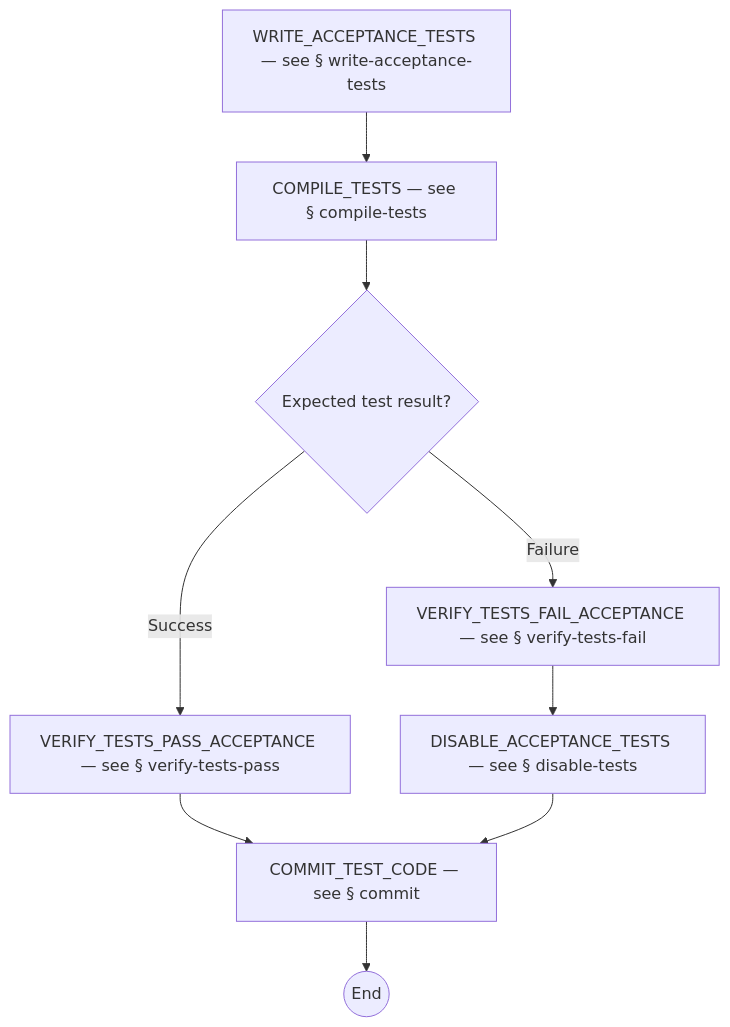
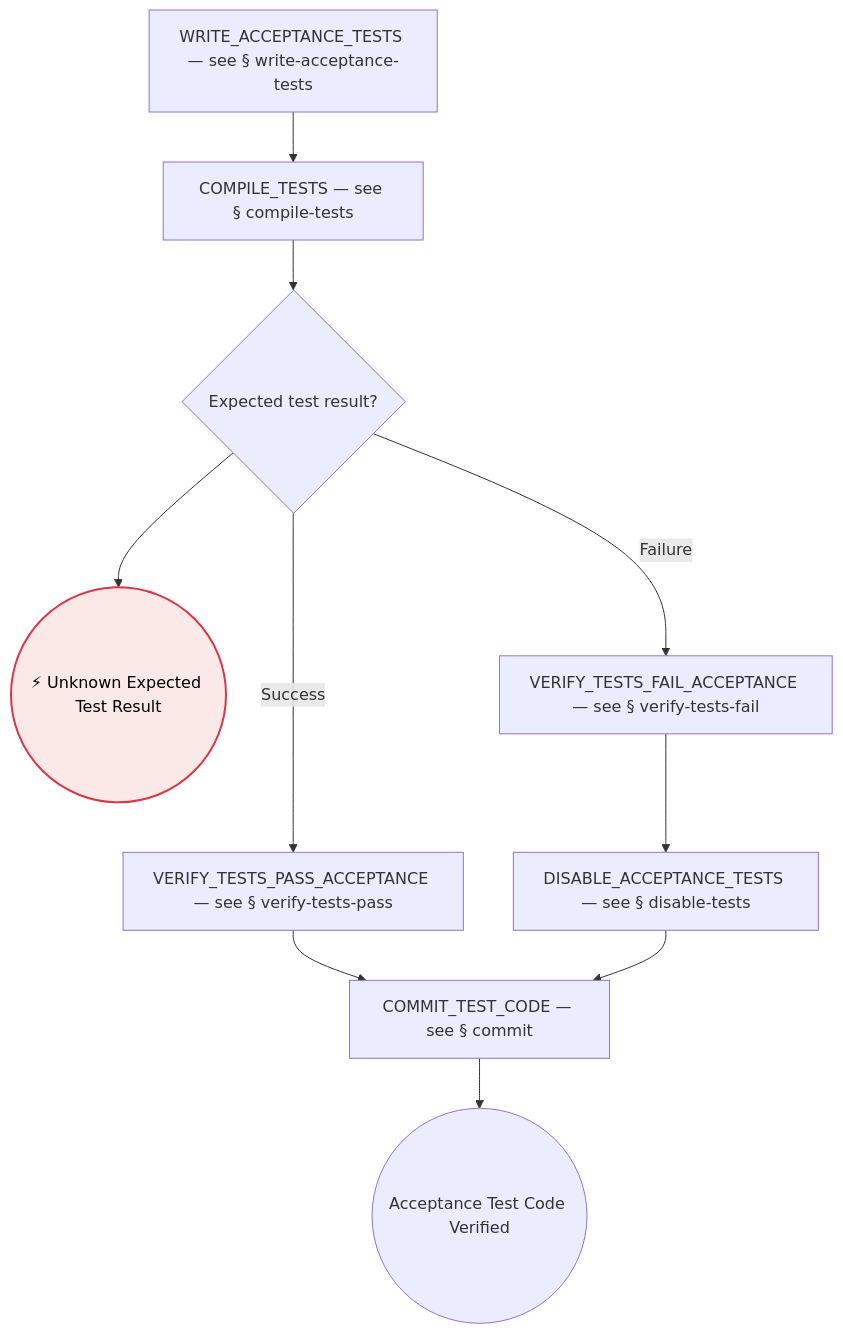
Before and after one commit to optivem/gh-optivem: diagram 16 of 50 in docs/process-diagram.md, drawn with Mermaid. The commit also changed other lines of this file and 5 other files, not shown here.

````diff
--- a/docs/process-diagram.md
+++ b/docs/process-diagram.md
@@ -323,20 +358,25 @@
 ```mermaid
 flowchart TD
     COMMIT_TEST_CODE[COMMIT_TEST_CODE — see § commit]
     COMPILE_TESTS[COMPILE_TESTS — see § compile-tests]
     DISABLE_ACCEPTANCE_TESTS[DISABLE_ACCEPTANCE_TESTS — see § disable-tests]
     GATE_EXPECTED_TEST_RESULT{Expected test result?}
+    UNKNOWN_EXPECTED_TEST_RESULT((⚡ Unknown Expected Test Result))
     VERIFY_TESTS_FAIL_ACCEPTANCE[VERIFY_TESTS_FAIL_ACCEPTANCE — see § verify-tests-fail]
     VERIFY_TESTS_PASS_ACCEPTANCE[VERIFY_TESTS_PASS_ACCEPTANCE — see § verify-tests-pass]
-    WAV_AT_CODE_END((End))
+    WAV_AT_CODE_END((Acceptance Test Code Verified))
     WRITE_ACCEPTANCE_TESTS[WRITE_ACCEPTANCE_TESTS — see § write-acceptance-tests]
 
     WRITE_ACCEPTANCE_TESTS --> COMPILE_TESTS
     COMPILE_TESTS --> GATE_EXPECTED_TEST_RESULT
     GATE_EXPECTED_TEST_RESULT -- Success --> VERIFY_TESTS_PASS_ACCEPTANCE
     GATE_EXPECTED_TEST_RESULT -- Failure --> VERIFY_TESTS_FAIL_ACCEPTANCE
+    GATE_EXPECTED_TEST_RESULT --> UNKNOWN_EXPECTED_TEST_RESULT
     VERIFY_TESTS_PASS_ACCEPTANCE --> COMMIT_TEST_CODE
     VERIFY_TESTS_FAIL_ACCEPTANCE --> DISABLE_ACCEPTANCE_TESTS
     DISABLE_ACCEPTANCE_TESTS --> COMMIT_TEST_CODE
     COMMIT_TEST_CODE --> WAV_AT_CODE_END
+
+    classDef errorEndNode fill:#fbe9e7,stroke:#dc3545,stroke-width:2px,color:#000000
+    class UNKNOWN_EXPECTED_TEST_RESULT errorEndNode
 ```
````
